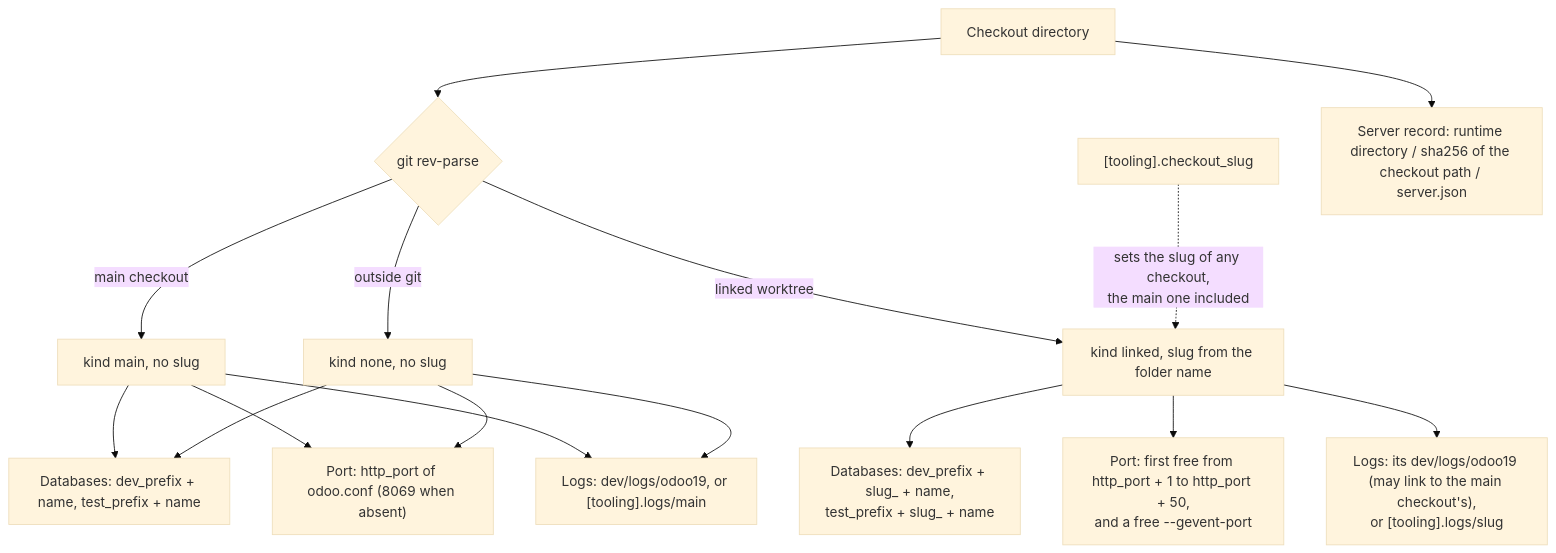
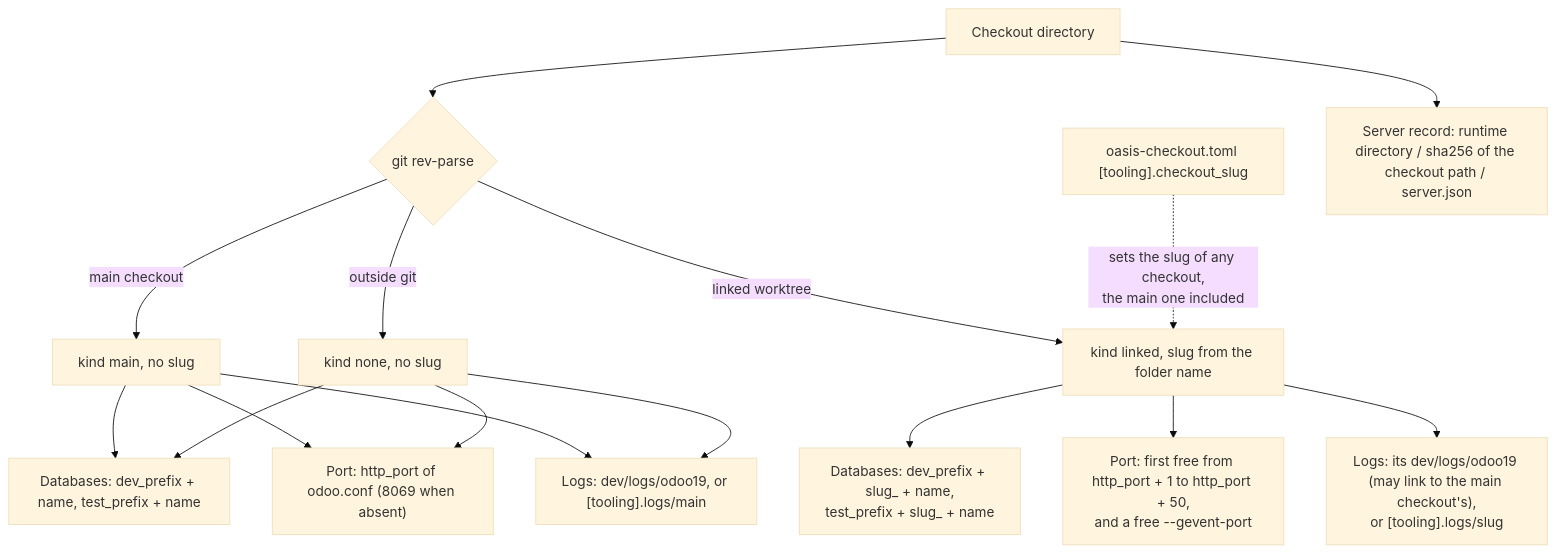
Before and after one commit to skhol3/oasis: the diagram in docs/checkouts-and-worktrees.md, drawn with Mermaid (base theme). The commit also changed other lines of this file and 22 other files, not shown here.

````diff
--- a/docs/checkouts-and-worktrees.md
+++ b/docs/checkouts-and-worktrees.md
@@ -6,18 +6,18 @@
 ```mermaid
 flowchart TD
     D["Checkout directory"] --> G{"git rev-parse"}
     G -->|"main checkout"| M["kind main, no slug"]
     G -->|"linked worktree"| L["kind linked, slug from the folder name"]
     G -->|"outside git"| N["kind none, no slug"]
-    S["[tooling].checkout_slug"] -.->|"sets the slug of any checkout,<br/>the main one included"| L
+    S["oasis-checkout.toml [tooling].checkout_slug"] -.->|"sets the slug of any checkout,<br/>the main one included"| L
     M --> MDB["Databases: dev_prefix + name, test_prefix + name"]
     N --> MDB
     L --> LDB["Databases: dev_prefix + slug_ + name,<br/>test_prefix + slug_ + name"]
     M --> MP["Port: http_port of odoo.conf (8069 when absent)"]
     N --> MP
     L --> LP["Port: first free from http_port + 1 to http_port + 50,<br/>and a free --gevent-port"]
     M --> ML["Logs: dev/logs/odoo19, or [tooling].logs/main"]
     N --> ML
     L --> LL["Logs: its dev/logs/odoo19 (may link to the main checkout's),<br/>or [tooling].logs/slug"]
     D --> REC["Server record: runtime directory / sha256 of the checkout path / server.json"]
 ```
````
